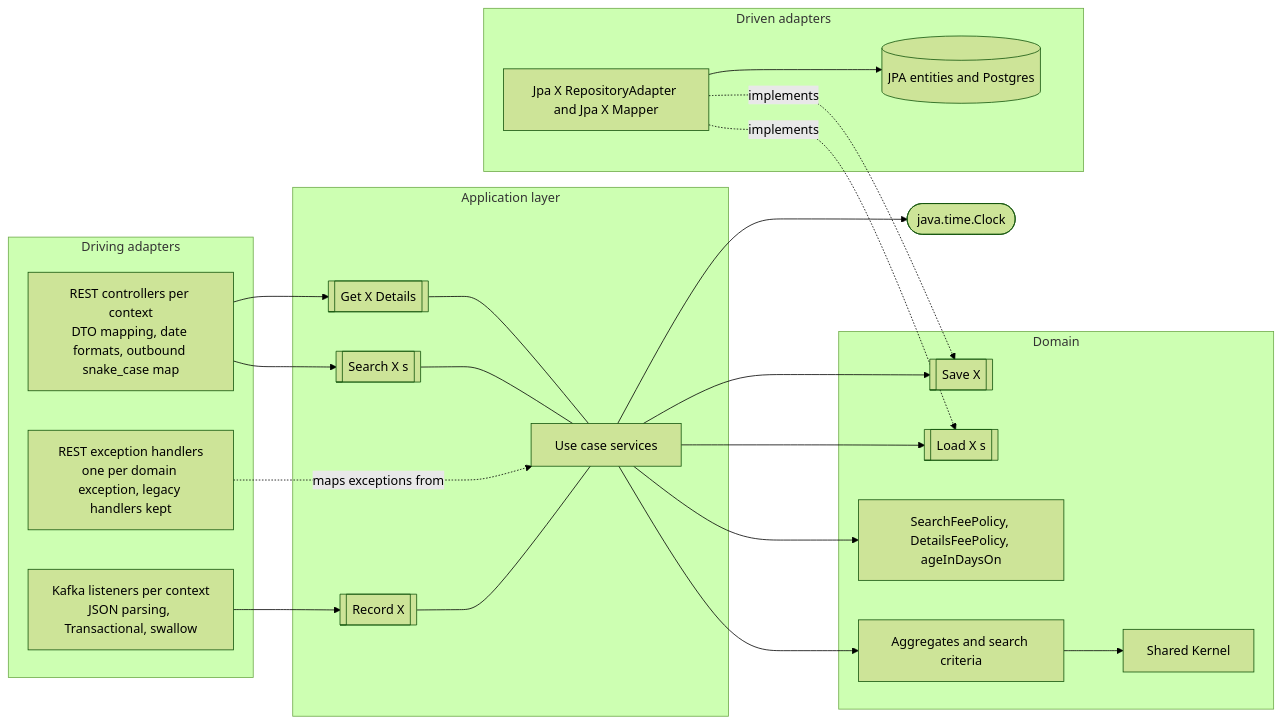
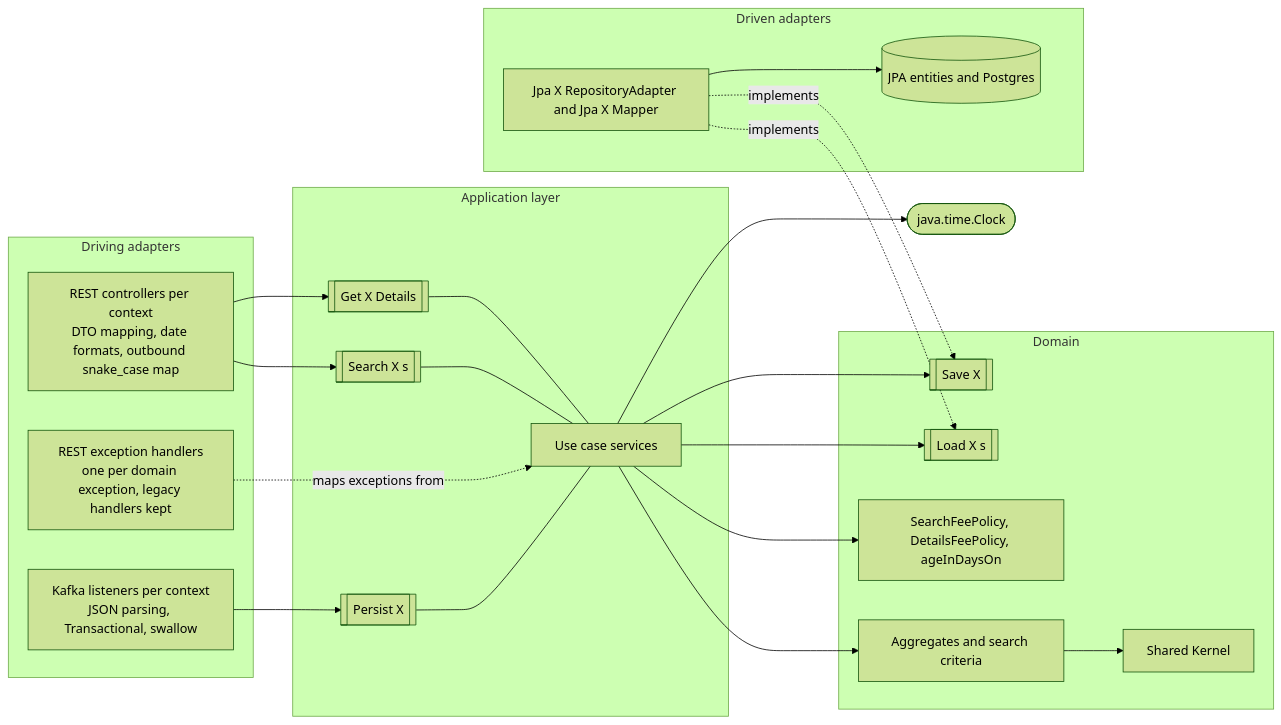
One commit to kevin-llps/payments-hexagonal-architecture-migration-challenge changed the ninth of 9 diagrams in realistic-mess-based-on-jpa-entities-challenge/docs/migration-2026-11-12/isolated-domain-design.md. Above: the diagram before and after it, drawn with Mermaid (forest theme). The commit also changed other lines of this file and 9 other files, not shown here.

Commit message:
refactor(jpa): rename Record input ports to Persist in the Suspended context

````diff
--- a/realistic-mess-based-on-jpa-entities-challenge/docs/migration-2026-11-12/isolated-domain-design.md
+++ b/realistic-mess-based-on-jpa-entities-challenge/docs/migration-2026-11-12/isolated-domain-design.md
@@ -759,42 +759,42 @@
 ```mermaid
 flowchart LR
     subgraph DRIVING[Driving adapters]
         REST[REST controllers per context<br/>DTO mapping, date formats, outbound snake_case map]
         EH[REST exception handlers<br/>one per domain exception, legacy handlers kept]
         KAF[Kafka listeners per context<br/>JSON parsing, Transactional, swallow]
     end
     subgraph APP[Application layer]
         IN1[[Search X s]]
         IN2[[Get X Details]]
-        IN3[[Record X]]
+        IN3[[Persist X]]
         UC[Use case services]
     end
     subgraph DOM[Domain]
         AGG[Aggregates and search criteria]
         POL[SearchFeePolicy, DetailsFeePolicy, ageInDaysOn]
         SK[Shared Kernel]
         OUT1[[Load X s]]
         OUT2[[Save X]]
     end
     subgraph DRIVEN[Driven adapters]
         JPA[Jpa X RepositoryAdapter and Jpa X Mapper]
         ENT[(JPA entities and Postgres)]
     end
     CLK([java.time.Clock])
     REST --> IN1
     REST --> IN2
     KAF --> IN3
     IN1 --- UC
     IN2 --- UC
     IN3 --- UC
     UC --> AGG
     UC --> POL
     UC --> OUT1
     UC --> OUT2
     UC --> CLK
     AGG --> SK
     JPA -. implements .-> OUT1
     JPA -. implements .-> OUT2
     JPA --> ENT
     EH -. maps exceptions from .-> UC
 ```
````
